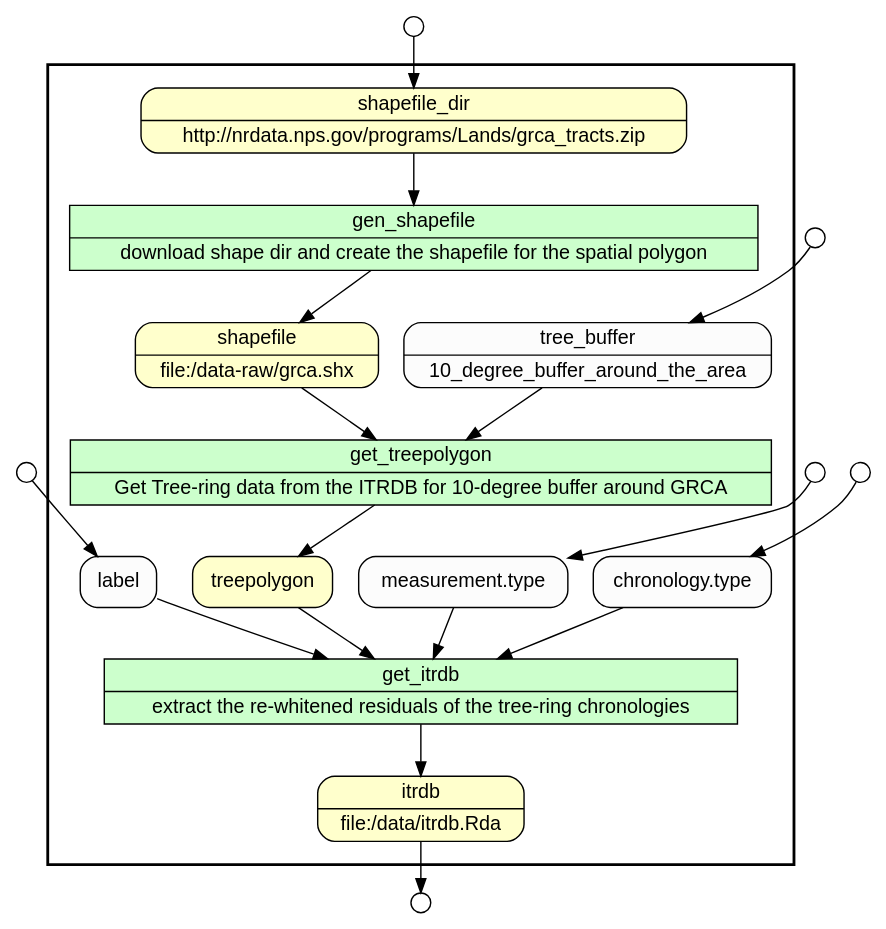
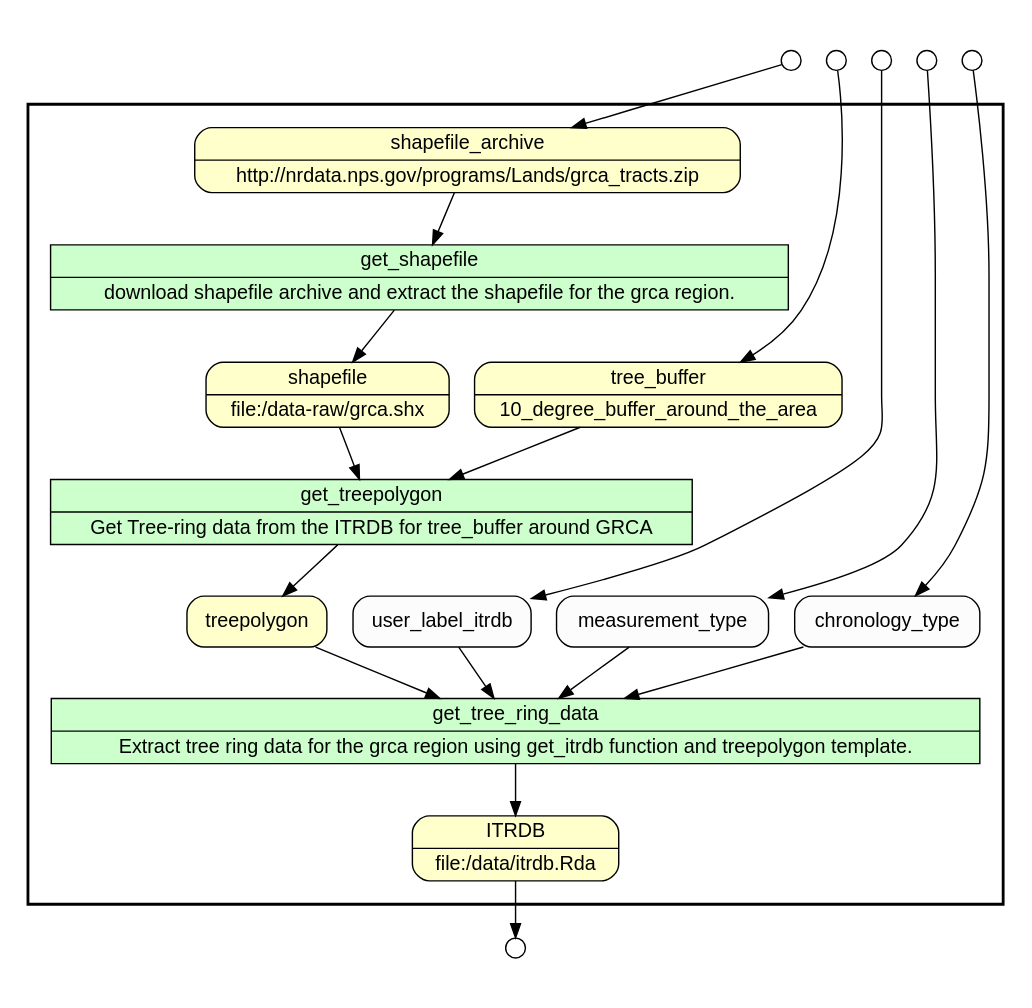
One commit to idaks/wt-prov-Summer-2017 changed the diagram in .prov_scripts/gv_files/get_itrdb_data.gv. Above: the diagram before and after it, drawn with Graphviz. The commit also changed 91 other files, not shown here.

Commit message:
Updated Provenance Graphs

```diff
--- a/.prov_scripts/gv_files/get_itrdb_data.gv
+++ b/.prov_scripts/gv_files/get_itrdb_data.gv
@@ -1,46 +1,52 @@
 digraph Workflow {
 rankdir=TB
 fontname=Helvetica; fontsize=18; labelloc=t
 label=""
 subgraph cluster_workflow_box_outer { label=""; color=black; penwidth=2
 subgraph cluster_workflow_box_inner { label=""; penwidth=0
 node[shape=box style=filled fillcolor="#CCFFCC" peripheries=1 fontname=Helvetica]
-gen_shapefile [shape=record rankdir=LR label="{<f0> gen_shapefile |<f1> download shape dir and create the shapefile for the spatial polygon}"];
-get_treepolygon [shape=record rankdir=LR label="{<f0> get_treepolygon |<f1> Get Tree-ring data from the ITRDB for 10-degree buffer around GRCA}"];
-get_itrdb [shape=record rankdir=LR label="{<f0> get_itrdb |<f1> extract the re-whitened residuals of the tree-ring chronologies}"];
+get_shapefile [shape=record rankdir=LR label="{<f0> get_shapefile |<f1> download shapefile archive and extract the shapefile for the grca region.}"];
+get_treepolygon [shape=record rankdir=LR label="{<f0> get_treepolygon |<f1> Get Tree-ring data from the ITRDB for tree_buffer around GRCA}"];
+get_tree_ring_data [shape=record rankdir=LR label="{<f0> get_tree_ring_data |<f1> Extract tree ring data for the grca region using get_itrdb function and treepolygon template.}"];
 node[shape=box style="rounded,filled" fillcolor="#FFFFCC" peripheries=1 fontname=Helvetica]
-itrdb [shape=record rankdir=LR label="{<f0> itrdb |<f1> file\:/data/itrdb.Rda}"];
-shapefile_dir [shape=record rankdir=LR label="{<f0> shapefile_dir |<f1> http\://nrdata.nps.gov/programs/Lands/grca_tracts.zip}"];
+ITRDB [shape=record rankdir=LR label="{<f0> ITRDB |<f1> file\:/data/itrdb.Rda}"];
+shapefile_archive [shape=record rankdir=LR label="{<f0> shapefile_archive |<f1> http\://nrdata.nps.gov/programs/Lands/grca_tracts.zip}"];
+tree_buffer [shape=record rankdir=LR label="{<f0> tree_buffer |<f1> 10_degree_buffer_around_the_area}"];
 shapefile [shape=record rankdir=LR label="{<f0> shapefile |<f1> file\:/data-raw/grca.shx}"];
 treepolygon
 node[shape=box style="rounded,filled" fillcolor="#FCFCFC" peripheries=1 fontname=Helvetica]
-tree_buffer [shape=record rankdir=LR label="{<f0> tree_buffer |<f1> 10_degree_buffer_around_the_area}"];
-label
-"measurement.type"
-"chronology.type"
-gen_shapefile -> shapefile
-shapefile_dir -> gen_shapefile
+user_label_itrdb
+measurement_type
+chronology_type
+get_shapefile -> shapefile
+shapefile_archive -> get_shapefile
 get_treepolygon -> treepolygon
 tree_buffer -> get_treepolygon
 shapefile -> get_treepolygon
-get_itrdb -> itrdb
-treepolygon -> get_itrdb
-label -> get_itrdb
-"measurement.type" -> get_itrdb
-"chronology.type" -> get_itrdb
+get_tree_ring_data -> ITRDB
+treepolygon -> get_tree_ring_data
+user_label_itrdb -> get_tree_ring_data
+measurement_type -> get_tree_ring_data
+chronology_type -> get_tree_ring_data
 }}
+subgraph cluster_input_ports_group_outer { label=""; penwidth=0
+subgraph cluster_input_ports_group_inner { label=""; penwidth=0
 node[shape=circle style="rounded,filled" fillcolor="#FFFFFF" peripheries=1 fontname=Helvetica width=0.2]
-shapefile_dir_input_port [label=""]
+shapefile_archive_input_port [label=""]
+user_label_itrdb_input_port [label=""]
 tree_buffer_input_port [label=""]
-label_input_port [label=""]
-"measurement.type_input_port" [label=""]
-"chronology.type_input_port" [label=""]
+measurement_type_input_port [label=""]
+chronology_type_input_port [label=""]
+}}
+subgraph cluster_output_ports_group_outer { label=""; penwidth=0
+subgraph cluster_output_ports_group_inner { label=""; penwidth=0
 node[shape=circle style="rounded,filled" fillcolor="#FFFFFF" peripheries=1 fontname=Helvetica width=0.2]
-itrdb_output_port [label=""]
-shapefile_dir_input_port -> shapefile_dir
+ITRDB_output_port [label=""]
+}}
+shapefile_archive_input_port -> shapefile_archive
+user_label_itrdb_input_port -> user_label_itrdb
 tree_buffer_input_port -> tree_buffer
-label_input_port -> label
-"measurement.type_input_port" -> "measurement.type"
-"chronology.type_input_port" -> "chronology.type"
-itrdb -> itrdb_output_port
+measurement_type_input_port -> measurement_type
+chronology_type_input_port -> chronology_type
+ITRDB -> ITRDB_output_port
 }
```
